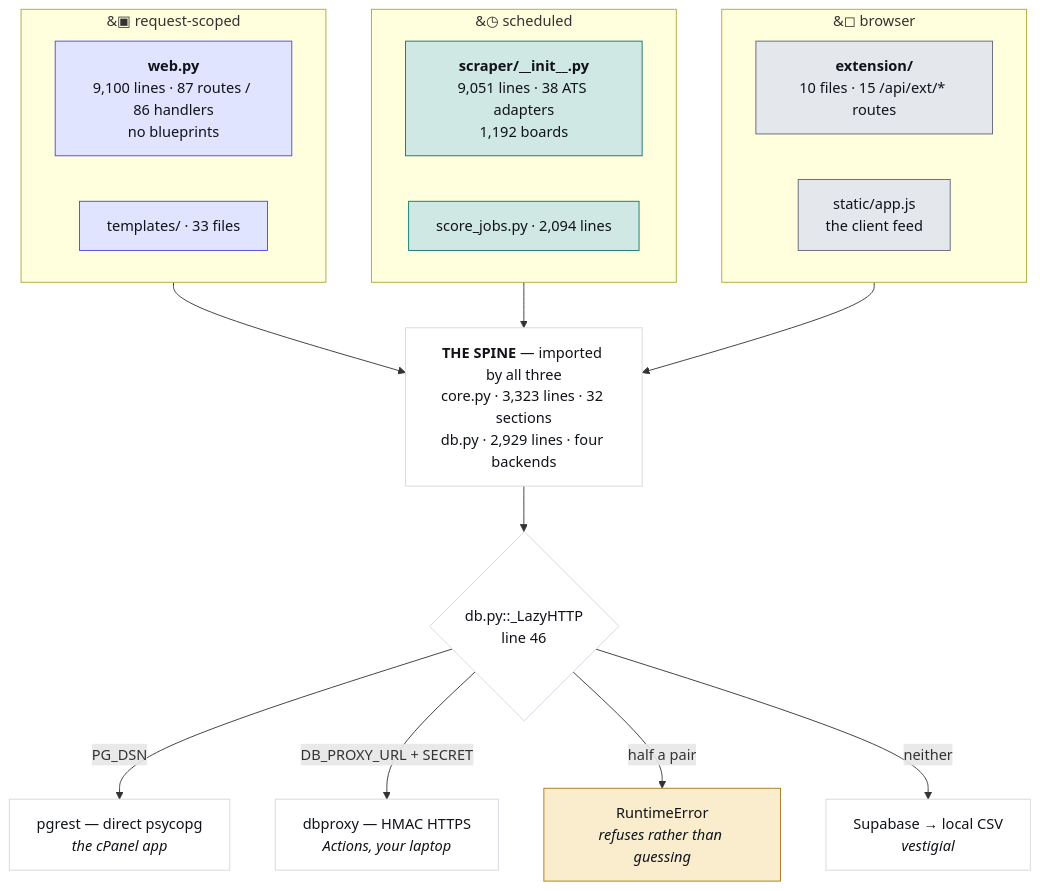
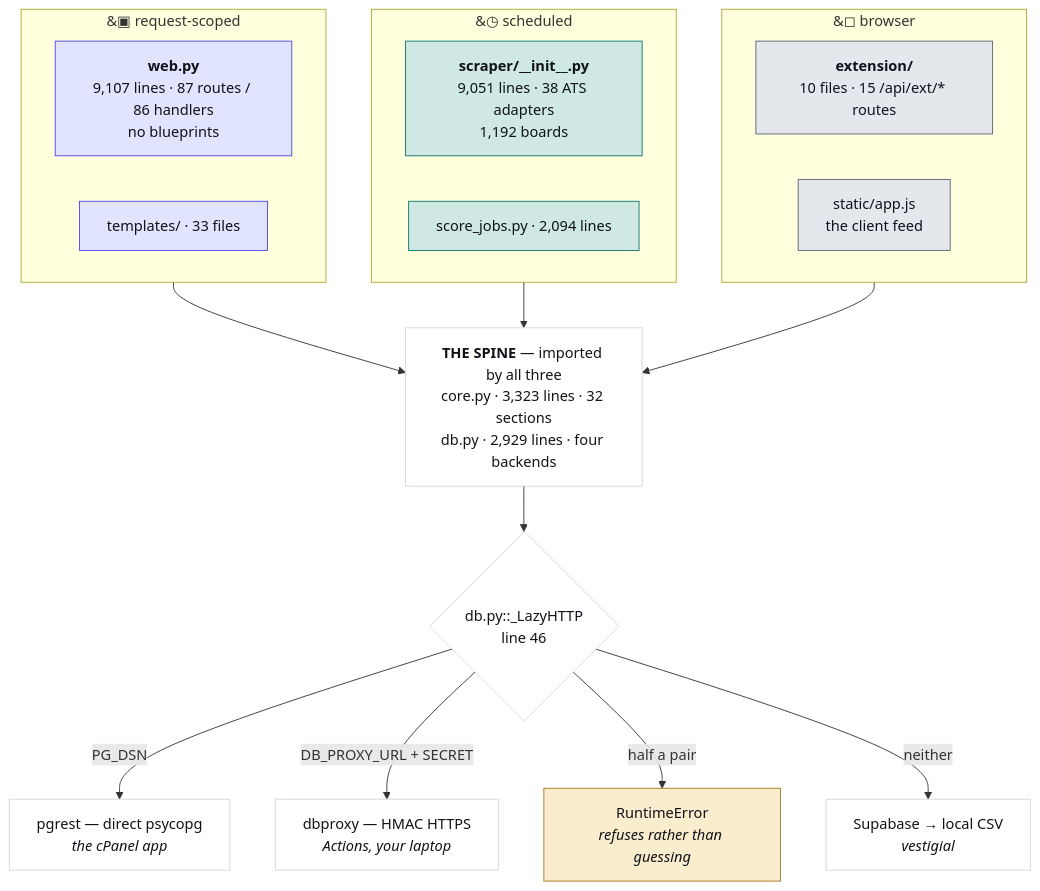
Before and after one commit to hadakunal909-debug/job-search-tool: the first of 4 diagrams in JobMatch Scraper/docs/ARCHITECTURE.md, drawn with Mermaid. The commit also changed other lines of this file and 8 other files, not shown here.

````diff
--- a/JobMatch Scraper/docs/ARCHITECTURE.md
+++ b/JobMatch Scraper/docs/ARCHITECTURE.md
@@ -45,34 +45,34 @@
 ```mermaid
 flowchart TB
   subgraph REQ["&#9635; request-scoped"]
-    W["<b>web.py</b><br/>9,100 lines · 87 routes / 86 handlers<br/>no blueprints"]
+    W["<b>web.py</b><br/>9,107 lines · 87 routes / 86 handlers<br/>no blueprints"]
     T["templates/ · 33 files"]
   end
   subgraph SCH["&#9719; scheduled"]
     S["<b>scraper/__init__.py</b><br/>9,051 lines · 38 ATS adapters<br/>1,192 boards"]
     J["score_jobs.py · 2,094 lines"]
   end
   subgraph CLI["&#9723; browser"]
     E["<b>extension/</b><br/>10 files · 15 /api/ext/* routes"]
     A["static/app.js<br/>the client feed"]
   end
   SPINE["<b>THE SPINE</b> — imported by all three<br/>core.py · 3,323 lines · 32 sections<br/>db.py · 2,929 lines · four backends"]
   REQ --> SPINE
   SCH --> SPINE
   CLI --> SPINE
   SPINE --> D{"db.py::_LazyHTTP<br/>line 46"}
   D -->|"PG_DSN"| P["pgrest — direct psycopg<br/><i>the cPanel app</i>"]
   D -->|"DB_PROXY_URL + SECRET"| X["dbproxy — HMAC HTTPS<br/><i>Actions, your laptop</i>"]
   D -->|"half a pair"| R["RuntimeError<br/><i>refuses rather than guessing</i>"]
   D -->|"neither"| V["Supabase → local CSV<br/><i>vestigial</i>"]
   classDef web fill:#e0e4fe,stroke:#4f46e5,color:#101319
   classDef sched fill:#cfe8e3,stroke:#0f766e,color:#101319
   classDef client fill:#e4e7ec,stroke:#5f6573,color:#101319
   classDef trap fill:#f9edcd,stroke:#a8781a,color:#101319
   classDef plain fill:#ffffff,stroke:#d3d7df,color:#101319
   class W,T web
   class S,J sched
   class E,A client
   class R trap
   class SPINE,D,P,X,V plain
 ```
````
